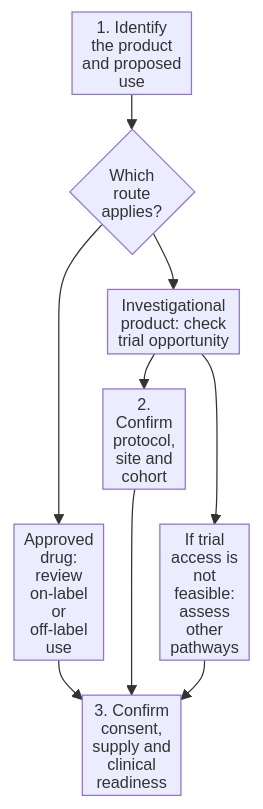
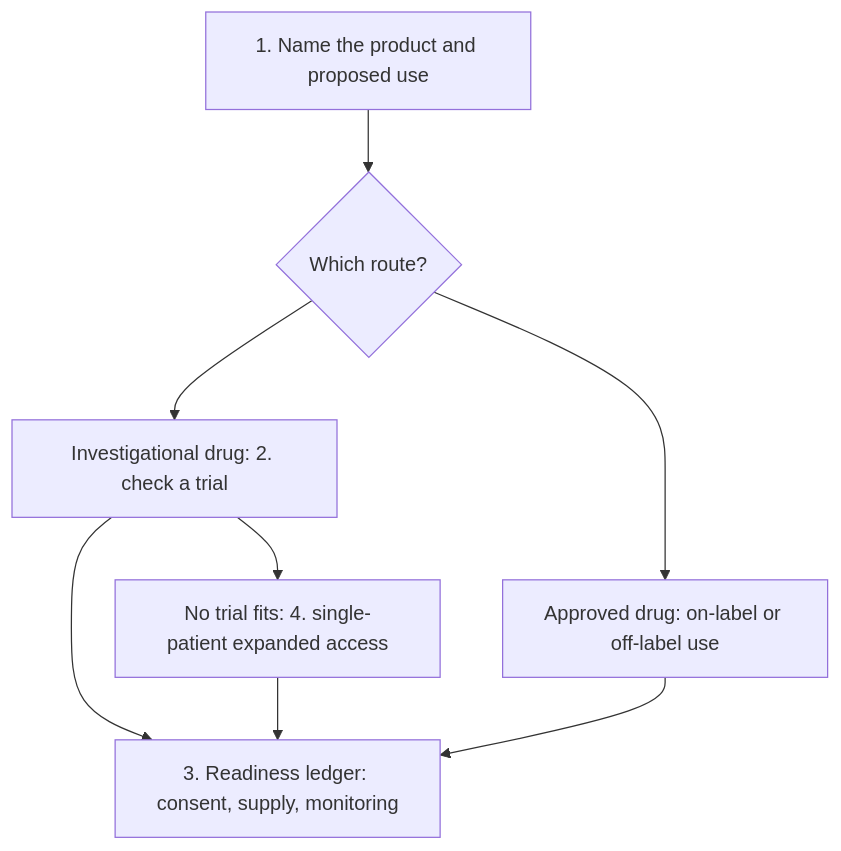
The diagram in wiki/education/guides/accessing-experimental-therapy/index.md (jasonLaster/oncoguide), drawn with Mermaid before and after one commit. The commit also changed other lines of this file and 322 other files, not shown here.

````diff
--- a/wiki/education/guides/accessing-experimental-therapy/index.md
+++ b/wiki/education/guides/accessing-experimental-therapy/index.md
@@ -34,14 +34,10 @@
 ```mermaid
-%%{init: {"htmlLabels":false,"themeVariables":{"fontSize":"13px"},"flowchart":{"htmlLabels":false,"padding":4,"nodeSpacing":8,"rankSpacing":28}}}%%
 flowchart TD
-  A[1. Identify<br/>the product<br/>and proposed<br/>use] --> B{Which<br/>route<br/>applies?}
-  B --> C[Approved<br/>drug:<br/>review<br/>on-label<br/>or<br/>off-label<br/>use]
-  B --> D[Investigational<br/>product: check<br/>trial opportunity]
-  D --> E[2.<br/>Confirm<br/>protocol,<br/>site and<br/>cohort]
-  D --> F[If trial<br/>access is<br/>not<br/>feasible:<br/>assess<br/>other<br/>pathways]
-  E --> G[3. Confirm<br/>consent,<br/>supply and<br/>clinical<br/>readiness]
+  A["1. Name the product and proposed use"] --> B{"Which route?"}
+  B --> C["Approved drug: on-label or off-label use"]
+  B --> D["Investigational drug: 2. check a trial"]
+  D --> F["No trial fits: 4. single-patient expanded access"]
+  D --> G["3. Readiness ledger: consent, supply, monitoring"]
   F --> G
   C --> G
-  E --- F
-  linkStyle 8 stroke:transparent,stroke-width:0
 ```
````
